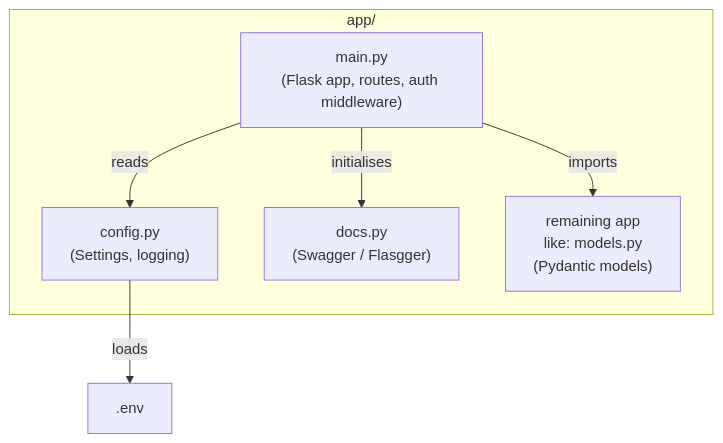
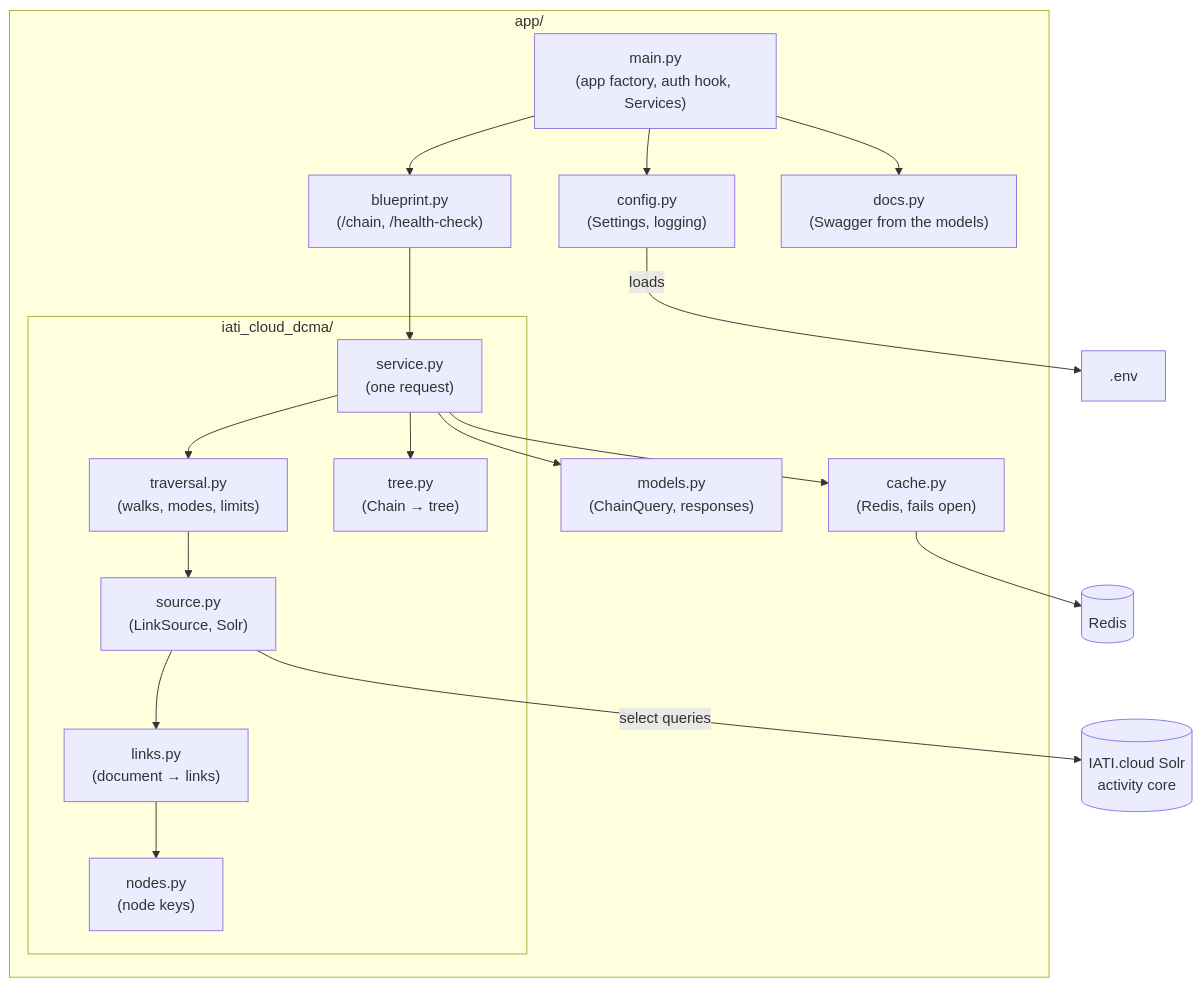
Before and after one commit to zimmerman-team/iati-cloud.dcma: the first of 5 diagrams in docs/DIAGRAMS.md, drawn with Mermaid. The commit also changed other lines of this file and 43 other files, not shown here.

````diff
--- a/docs/DIAGRAMS.md
+++ b/docs/DIAGRAMS.md
@@ -5,14 +5,34 @@
 ```mermaid
 graph TD
     subgraph app["app/"]
-        main["main.py<br/>(Flask app, routes, auth middleware)"]
+        main["main.py<br/>(app factory, auth hook, Services)"]
+        bp["blueprint.py<br/>(/chain, /health-check)"]
         config["config.py<br/>(Settings, logging)"]
-        docs["docs.py<br/>(Swagger / Flasgger)"]
-        app_content["remaining app<br>like: models.py<br/>(Pydantic models)"]
+        docs["docs.py<br/>(Swagger from the models)"]
+        models["models.py<br/>(ChainQuery, responses)"]
+        cache["cache.py<br/>(Redis, fails open)"]
+        subgraph dcma["iati_cloud_dcma/"]
+            service["service.py<br/>(one request)"]
+            traversal["traversal.py<br/>(walks, modes, limits)"]
+            tree["tree.py<br/>(Chain → tree)"]
+            source["source.py<br/>(LinkSource, Solr)"]
+            links["links.py<br/>(document → links)"]
+            nodes["nodes.py<br/>(node keys)"]
+        end
     end
 
-    main -->|reads| config
-    main -->|initialises| docs
-    main -->|imports| app_content
+    main --> config
+    main --> bp
+    main --> docs
+    bp --> service
+    service --> cache
+    service --> traversal
+    service --> tree
+    service --> models
+    traversal --> source
+    source --> links
+    links --> nodes
     config -->|loads| env[".env"]
+    source -->|select queries| solr[("IATI.cloud Solr<br/>activity core")]
+    cache --> redis[("Redis")]
 ```
````
